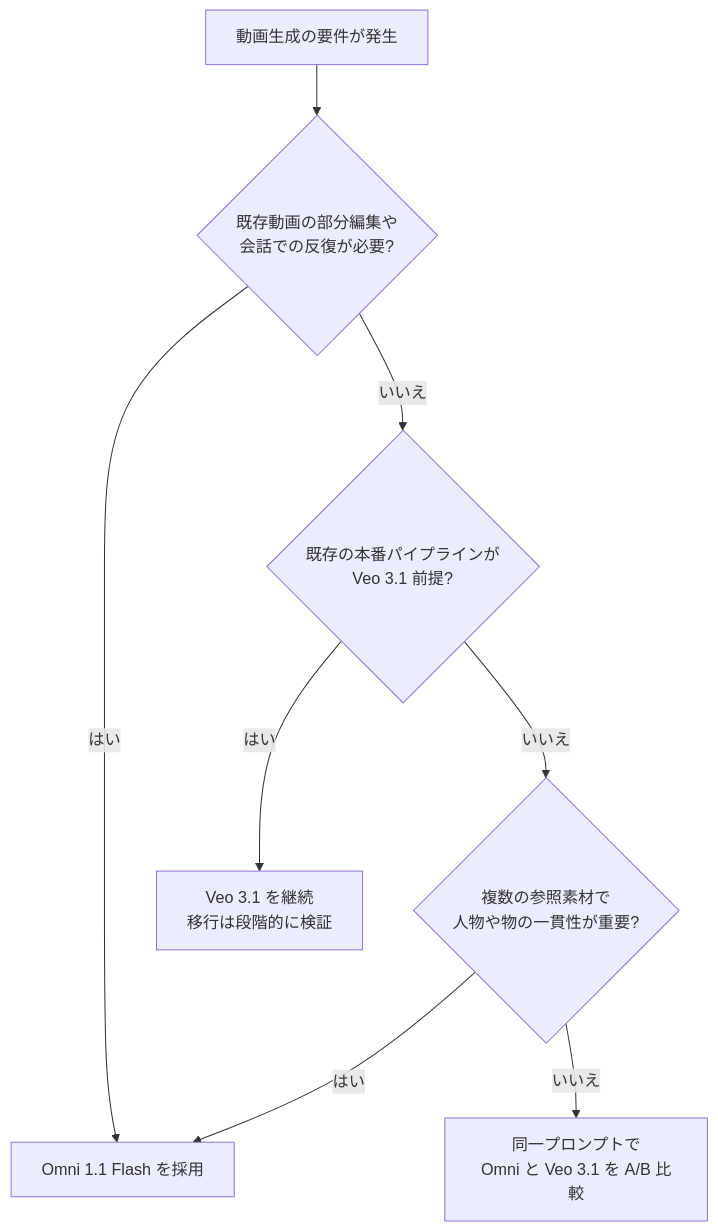
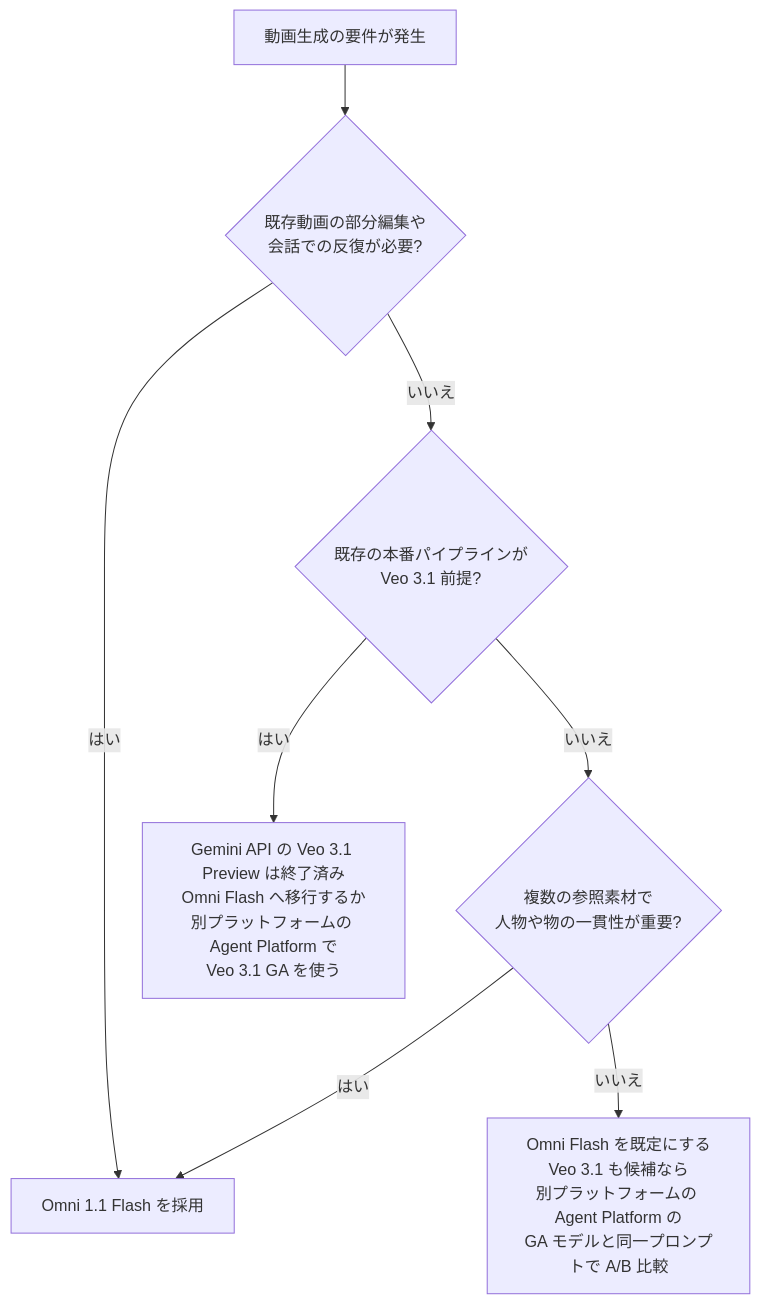
The second of 7 diagrams in Gemini-omni-best-practices-guide.md (myoshi2891/Comparison-of-LLMs), drawn with Mermaid before and after one commit. The commit also changed other lines of this file and 1 other file, not shown here.

Commit message:
docs(gemini): update cache and tier policies in Argon guide, and clarify input constraints and URI delivery in Omni guide

````diff
--- a/Gemini-omni-best-practices-guide.md
+++ b/Gemini-omni-best-practices-guide.md
@@ -98,10 +98,10 @@
 ```mermaid
 flowchart TD
     S["動画生成の要件が発生"] --> Q1{"既存動画の部分編集や<br/>会話での反復が必要?"}
     Q1 -->|はい| O["Omni 1.1 Flash を採用"]
     Q1 -->|いいえ| Q2{"既存の本番パイプラインが<br/>Veo 3.1 前提?"}
-    Q2 -->|はい| V["Veo 3.1 を継続<br/>移行は段階的に検証"]
+    Q2 -->|はい| V["Gemini API の Veo 3.1 Preview は終了済み<br/>Omni Flash へ移行するか<br/>別プラットフォームの Agent Platform で<br/>Veo 3.1 GA を使う"]
     Q2 -->|いいえ| Q3{"複数の参照素材で<br/>人物や物の一貫性が重要?"}
     Q3 -->|はい| O
-    Q3 -->|いいえ| AB["同一プロンプトで<br/>Omni と Veo 3.1 を A/B 比較"]
+    Q3 -->|いいえ| AB["Omni Flash を既定にする<br/>Veo 3.1 も候補なら<br/>別プラットフォームの Agent Platform の<br/>GA モデルと同一プロンプトで A/B 比較"]
 ```
````
